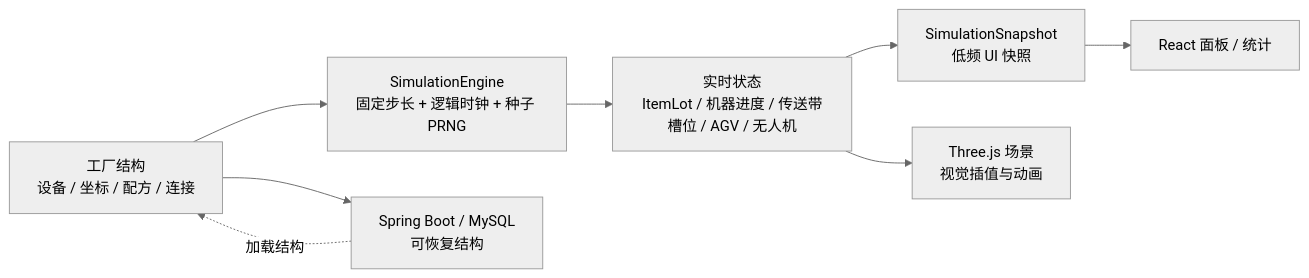
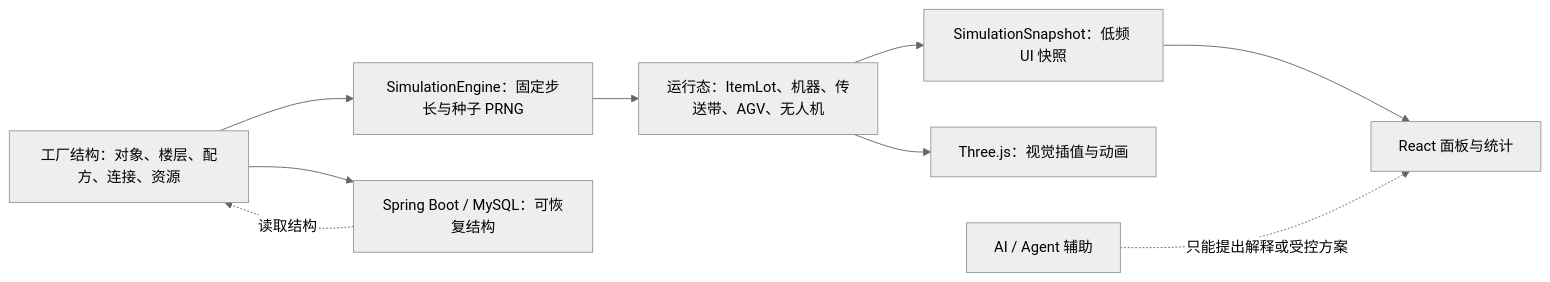
Before and after one commit to YJsnz/forgemind: the fourth of 9 diagrams in README.md, drawn with Mermaid (neutral theme). The commit also changed other lines of this file and 694 other files, not shown here.

````diff
--- a/README.md
+++ b/README.md
@@ -111,10 +198,11 @@
 ```mermaid
 flowchart LR
-    Config[工厂结构<br/>设备 / 坐标 / 配方 / 连接] --> Engine[SimulationEngine<br/>固定步长 + 逻辑时钟 + 种子 PRNG]
-    Engine --> Runtime[实时状态<br/>ItemLot / 机器进度 / 传送带槽位 / AGV / 无人机]
-    Runtime --> Snapshot[SimulationSnapshot<br/>低频 UI 快照]
-    Snapshot --> UI[React 面板 / 统计]
-    Runtime --> Render[Three.js 场景<br/>视觉插值与动画]
-    Config --> Cloud[Spring Boot / MySQL<br/>可恢复结构]
-    Cloud -.加载结构.-> Config
+    config[工厂结构：对象、楼层、配方、连接、资源] --> engine[SimulationEngine：固定步长与种子 PRNG]
+    engine --> runtime[运行态：ItemLot、机器、传送带、AGV、无人机]
+    runtime --> snapshot[SimulationSnapshot：低频 UI 快照]
+    snapshot --> panels[React 面板与统计]
+    runtime --> render[Three.js：视觉插值与动画]
+    config --> api[Spring Boot / MySQL：可恢复结构]
+    api -.读取结构.-> config
+    aiAssist[AI / Agent 辅助] -.只能提出解释或受控方案.-> panels
 ```
````
